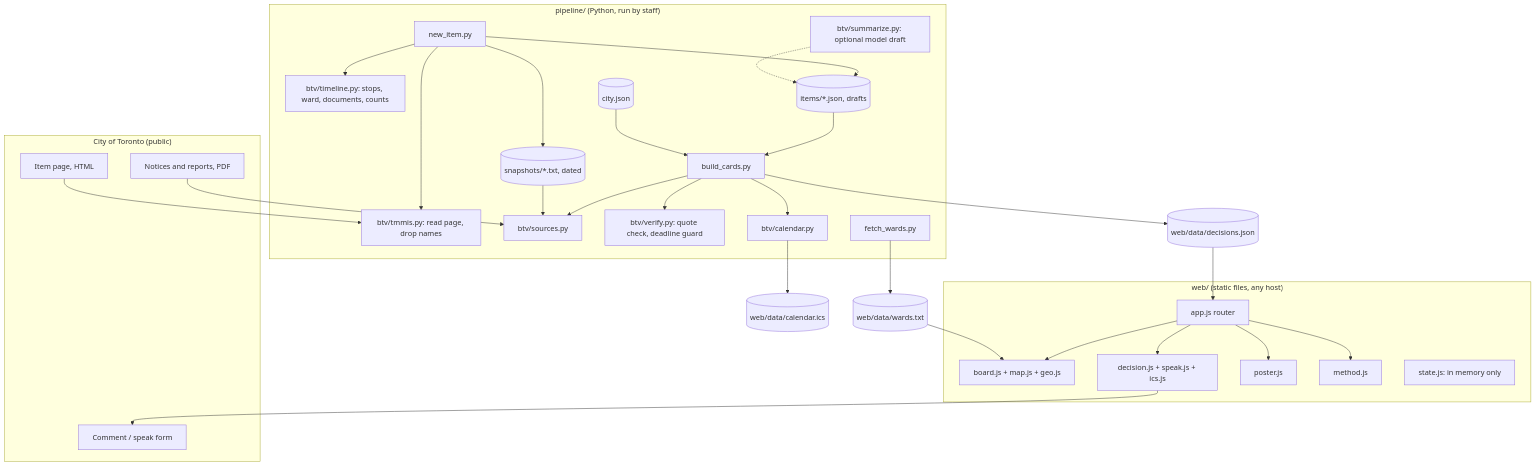
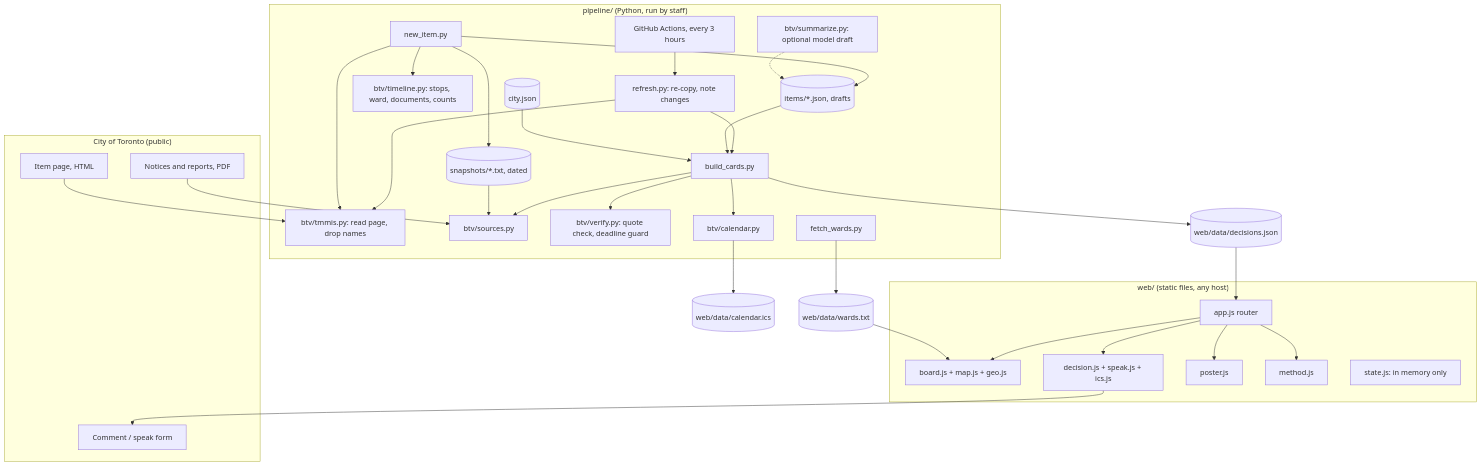
Before and after one commit to The-John-Man/Before-The-Vote: the second of 4 diagrams in docs/03-ARCHITECTURE.md, drawn with Mermaid. The commit also changed other lines of this file and 20 other files, not shown here.

````diff
--- a/docs/03-ARCHITECTURE.md
+++ b/docs/03-ARCHITECTURE.md
@@ -56,37 +56,40 @@
 ```mermaid
 flowchart TB
   subgraph City["City of Toronto (public)"]
     PAGE[Item page, HTML]
     PDF[Notices and reports, PDF]
     FORM[Comment / speak form]
   end
   subgraph Pipeline["pipeline/ (Python, run by staff)"]
+    GHA[GitHub Actions, every 3 hours] --> REF[refresh.py: re-copy, note changes]
+    REF --> TM
+    REF --> BUILD
     NEW[new_item.py] --> TM[btv/tmmis.py: read page, drop names]
     NEW --> TL[btv/timeline.py: stops, ward, documents, counts]
     NEW --> SNAP[(snapshots/*.txt, dated)]
     NEW --> ITEM[(items/*.json, drafts)]
     SUM[btv/summarize.py: optional model draft] -.-> ITEM
     BUILD[build_cards.py] --> SRC[btv/sources.py]
     BUILD --> VER[btv/verify.py: quote check, deadline guard]
     BUILD --> CAL[btv/calendar.py]
     SNAP --> SRC
     ITEM --> BUILD
     CITY[(city.json)] --> BUILD
     WARDS[fetch_wards.py]
   end
   PAGE --> TM
   PDF --> SRC
   BUILD --> JSON[(web/data/decisions.json)]
   CAL --> ICS[(web/data/calendar.ics)]
   WARDS --> WTXT[(web/data/wards.txt)]
   subgraph Web["web/ (static files, any host)"]
     APP[app.js router] --> BOARD[board.js + map.js + geo.js]
     APP --> DEC[decision.js + speak.js + ics.js]
     APP --> POSTER[poster.js]
     APP --> METHOD[method.js]
     STATE[state.js: in memory only]
   end
   JSON --> APP
   WTXT --> BOARD
   DEC --> FORM
 ```
````
